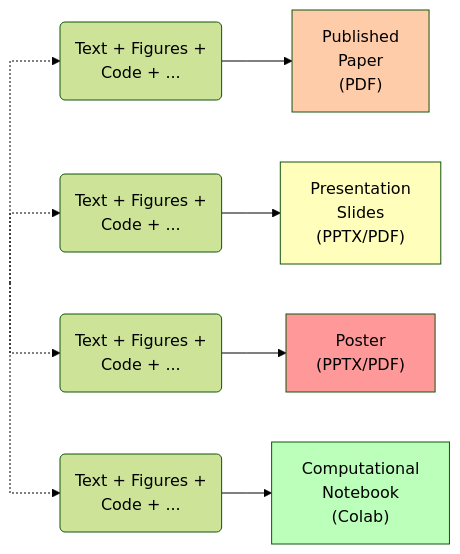
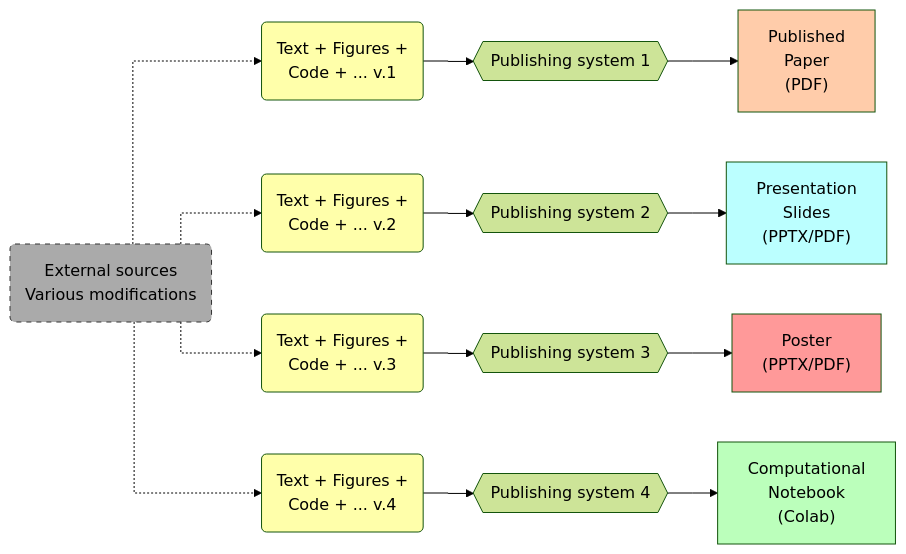
One commit to TAILOR-UoB/new_ways_of_publishing changed the first of 3 diagrams in booksource/publishing-tools/publishing-systems.md. Above: the diagram before and after it, drawn with Mermaid (forest theme). The commit also changed other lines of this file and 5 other files, not shown here.

````diff
--- a/booksource/publishing-tools/publishing-systems.md
+++ b/booksource/publishing-tools/publishing-systems.md
@@ -26,19 +26,24 @@
 ```{mermaid}
 %%{ init : { "flowchart" : { "curve" : "stepBefore" }}}%%
 
 flowchart LR
   
-    dummy1[ ]:::empty -.-> I1
-    dummy1 -.-> I2
-    dummy1 -.-> I3
-    dummy1 -.-> I4
-    I1("Text + Figures + \n Code + ..."):::input --> O1["Published \n Paper \n (PDF)"]
-    I2("Text + Figures + \n Code + ..."):::input --> O2["Presentation \n Slides \n (PPTX/PDF)"]
-    I3("Text + Figures + \n Code + ..."):::input --> O3["Poster \n (PPTX/PDF)"]
-    I4("Text + Figures + \n Code + ..."):::input --> O4["Computational \n Notebook \n (Colab)"]
+    S1("External sources\nVarious modifications"):::empty -.-> I1
+    S1 -.-> I2
+    S1 -.-> I3
+    S1 -.-> I4
+    I1("Text + Figures + \n Code + ... v.1"):::input --> P1{{"Publishing system 1"}}
+    I2("Text + Figures + \n Code + ... v.2"):::input --> P2{{"Publishing system 2"}}
+    I3("Text + Figures + \n Code + ... v.3"):::input --> P3{{"Publishing system 3"}}
+    I4("Text + Figures + \n Code + ... v.4"):::input --> P4{{"Publishing system 4"}}
+    P1 --> O1["Published \n Paper \n (PDF)"]
+    P2 --> O2["Presentation \n Slides \n (PPTX/PDF)"]
+    P3 --> O3["Poster \n (PPTX/PDF)"]
+    P4 --> O4["Computational \n Notebook \n (Colab)"]
     style O1 fill:#fca
-    style O2 fill:#ffb
+    style O2 fill:#bff
     style O3 fill:#f99
     style O4 fill:#bfb
-    classDef empty width:0px,height:0px,fill:#000;
+    classDef input fill:#ffa;
+    classDef empty fill:#aaa,stroke:#333,stroke-dasharray: 5 5;
 ```
````
